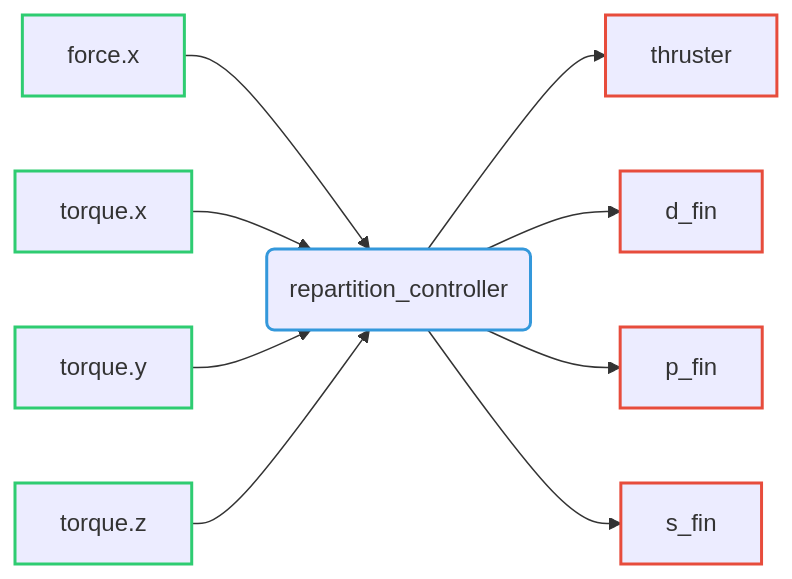
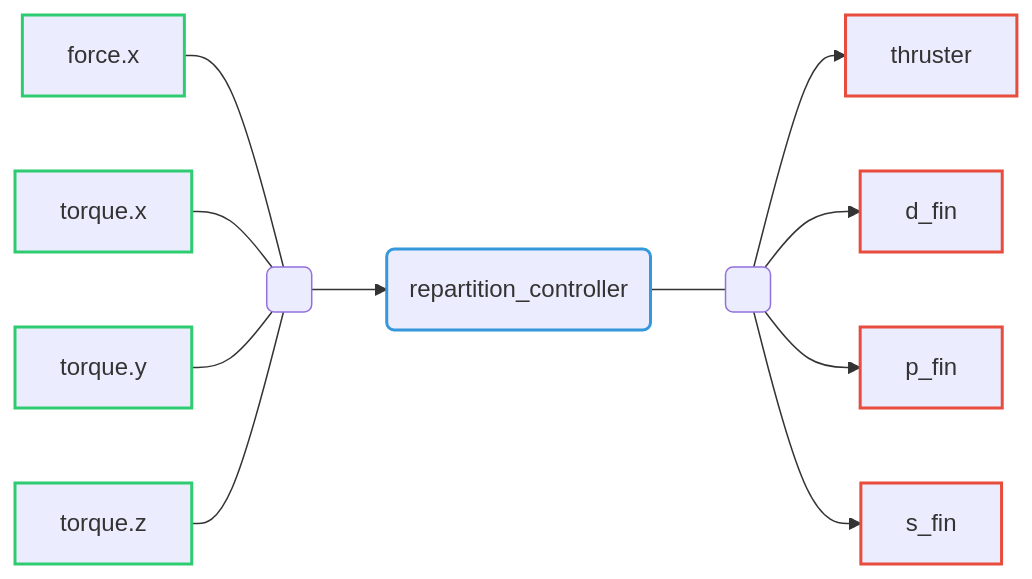
Before and after one commit to Riptide-team/riptide-team.github.io: the diagram in docs/ros2control/controllers/repartition_controller.md, drawn with Mermaid. The commit also changed 6 other files, not shown here.

````diff
--- a/docs/ros2control/controllers/repartition_controller.md
+++ b/docs/ros2control/controllers/repartition_controller.md
@@ -5,10 +5,11 @@
 ```mermaid
 flowchart LR
-    s1[force.x] & s2[torque.x] & s3[torque.y] & s4[torque.z] --> c(repartition_controller) --> c1[thruster] & c2[d_fin] & c3[p_fin] & c4[s_fin]
+    s1[force.x] & s2[torque.x] & s3[torque.y] & s4[torque.z] --- S( ):::empty --> c(repartition_controller) --- R( ):::empty --> c1[thruster] & c2[d_fin] & c3[p_fin] & c4[s_fin]
     class s1,s2,s3,s4 state;
     class c1,c2,c3,c4 command;
     class c controller;
     classDef state stroke:#2ecc71,stroke-width:2px;
     classDef controller stroke:#3498db,stroke-width:2px;
     classDef command stroke:#e74c3c,stroke-width:2px;
+    classDef empty width:-1px,height:-1px;
 ```
````
